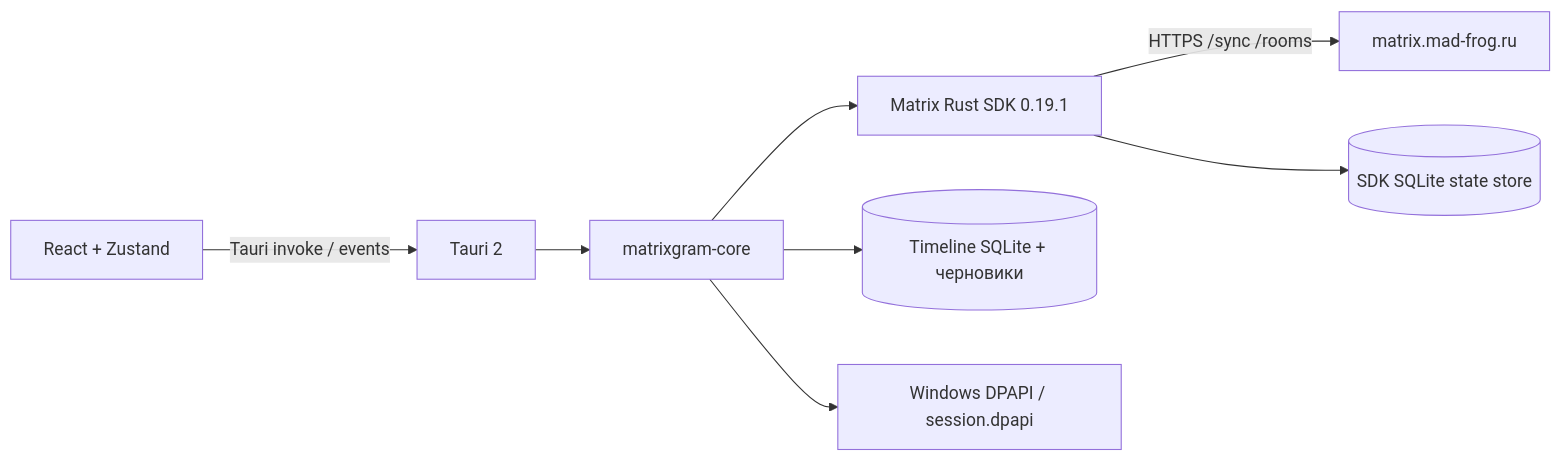
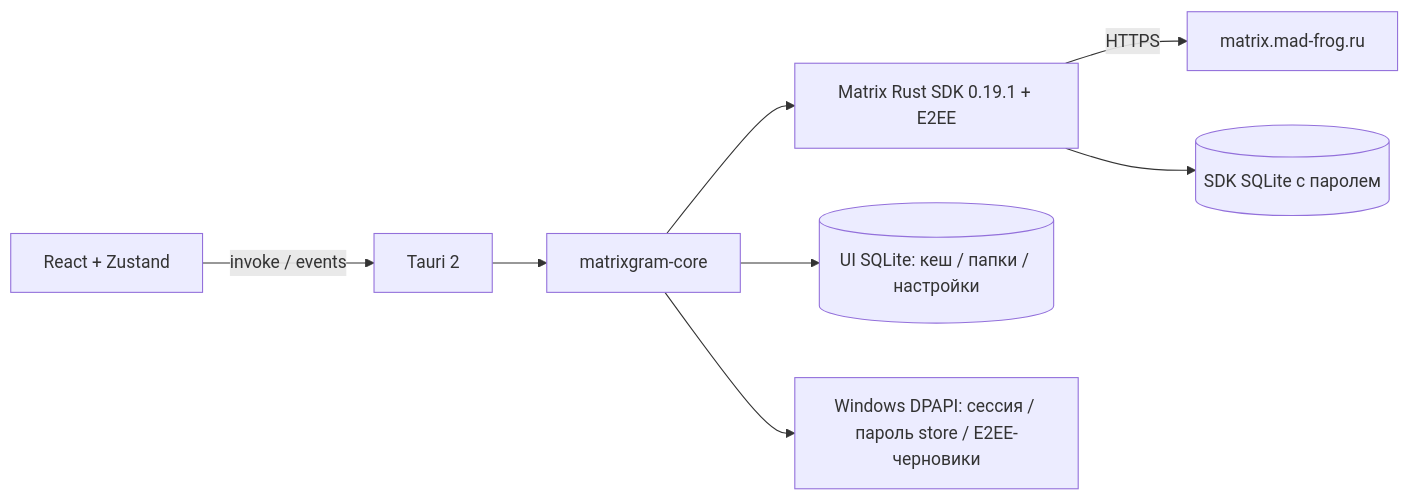
The diagram in docs/ARCHITECTURE.md (VirusGrip/MatrixGram), drawn with Mermaid before and after one commit. The commit also changed other lines of this file and 8 other files, not shown here.

````diff
--- a/docs/ARCHITECTURE.md
+++ b/docs/ARCHITECTURE.md
@@ -5,10 +3,10 @@
 ```mermaid
 flowchart LR
-  UI[React + Zustand] -->|Tauri invoke / events| IPC[Tauri 2]
+  UI[React + Zustand] -->|invoke / events| IPC[Tauri 2]
   IPC --> Core[matrixgram-core]
-  Core --> SDK[Matrix Rust SDK 0.19.1]
-  SDK -->|HTTPS /sync /rooms| Synapse[matrix.mad-frog.ru]
-  SDK --> State[(SDK SQLite state store)]
-  Core --> Timeline[(Timeline SQLite + черновики)]
-  Core --> DPAPI[Windows DPAPI / session.dpapi]
+  Core --> SDK[Matrix Rust SDK 0.19.1 + E2EE]
+  SDK -->|HTTPS| Synapse[matrix.mad-frog.ru]
+  SDK --> Store[(SDK SQLite с паролем)]
+  Core --> Cache[(UI SQLite: кеш / папки / настройки)]
+  Core --> DPAPI[Windows DPAPI: сессия / пароль store / E2EE-черновики]
 ```
````
